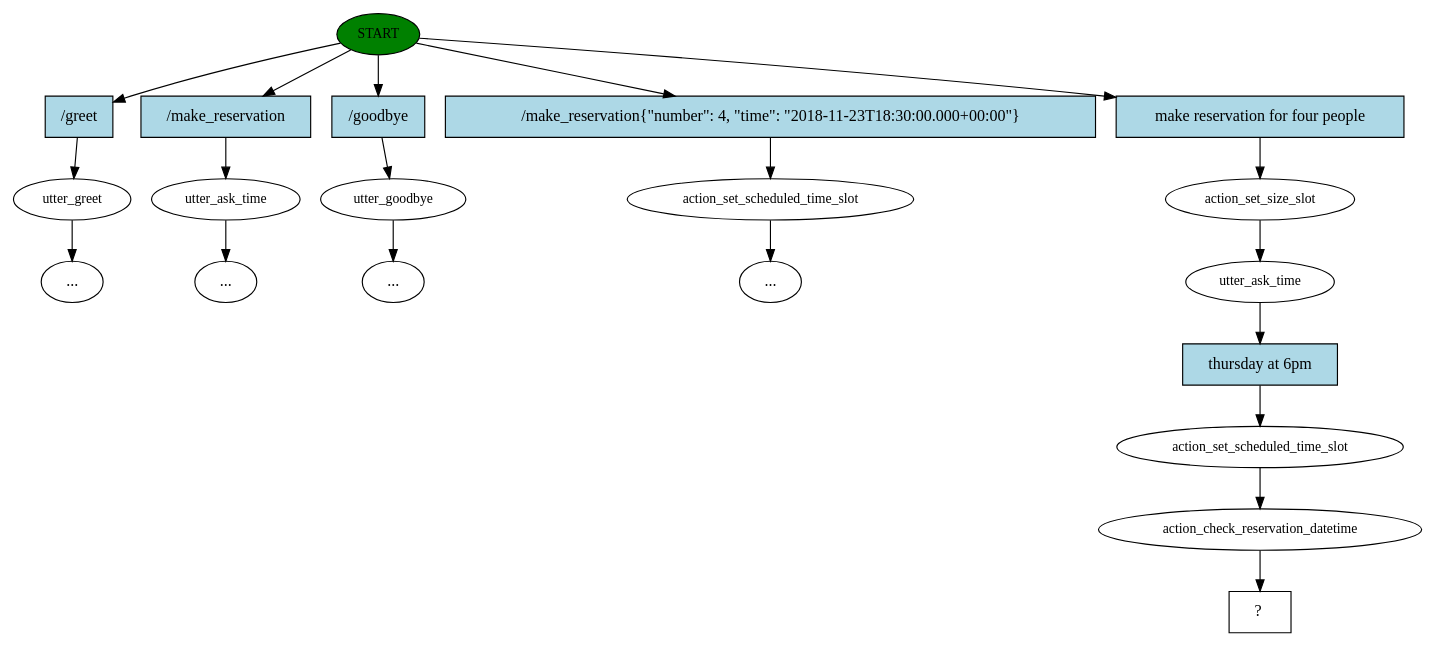
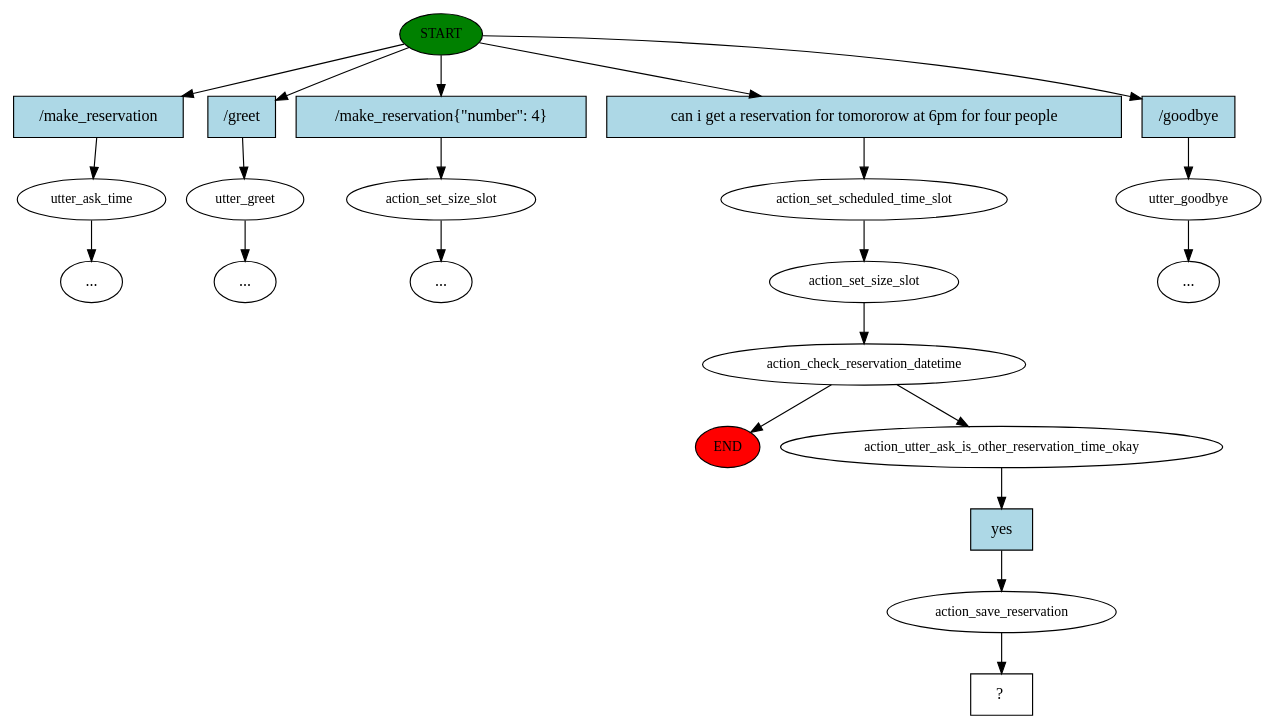
The diagram in Textual/story_graph.dot (DylanRedfield/ocaptain), drawn with Graphviz before and after one commit. The commit also changed 11 other files, not shown here.

```diff
--- a/Textual/story_graph.dot
+++ b/Textual/story_graph.dot
@@ -1,41 +1,45 @@
 digraph  {
 0 [label=START, fillcolor=green, style=filled, fontsize=12, class="start active"];
-1 [label=utter_greet, fontsize=12, class=""];
-2 [label=utter_ask_time, fontsize=12, class=""];
-3 [label=utter_goodbye, fontsize=12, class=""];
+"-1" [label=END, fillcolor=red, style=filled, fontsize=12, class=end];
+1 [label=utter_ask_time, fontsize=12, class=""];
+2 [label=utter_greet, fontsize=12, class=""];
 "-5" [label="...", class=ellipsis];
 "-6" [label="...", class=ellipsis];
-5 [label=action_set_scheduled_time_slot, fontsize=12, class=""];
+5 [label=action_set_size_slot, fontsize=12, class=""];
 "-7" [label="...", class=ellipsis];
+6 [label=action_set_scheduled_time_slot, fontsize=12, class=active];
+7 [label=action_set_size_slot, fontsize=12, class=active];
+8 [label=action_check_reservation_datetime, fontsize=12, class=active];
+9 [label=utter_goodbye, fontsize=12, class=""];
 "-8" [label="...", class=ellipsis];
-7 [label=action_set_size_slot, fontsize=12, class=active];
-8 [label=utter_ask_time, fontsize=12, class=active];
-9 [label=action_set_scheduled_time_slot, fontsize=12, class=active];
-10 [label=action_check_reservation_datetime, fontsize=12, class=active];
-11 [label="  ?  ", shape=rect, class="intent dashed active"];
-12 [label="/greet", shape=rect, style=filled, fillcolor=lightblue, class=intent];
-13 [label="/make_reservation", shape=rect, style=filled, fillcolor=lightblue, class=intent];
-14 [label="/goodbye", shape=rect, style=filled, fillcolor=lightblue, class=intent];
-15 [label="/make_reservation{\"number\": 4, \"time\": \"2018-11-23T18:30:00.000+00:00\"}", shape=rect, style=filled, fillcolor=lightblue, class=intent];
-16 [label="make reservation for four people", shape=rect, style=filled, fillcolor=lightblue, class="intent active"];
-17 [label="thursday at 6pm", shape=rect, style=filled, fillcolor=lightblue, class="intent active"];
-0 -> 12  [key=0, class=""];
-0 -> 13  [key=0, class=""];
-0 -> 14  [key=0, class=""];
-0 -> 15  [key=0, class=""];
-0 -> 16  [key=0, class=active];
+13 [label=action_utter_ask_is_other_reservation_time_okay, fontsize=12, class=active];
+14 [label=action_save_reservation, fontsize=12, class=active];
+15 [label="  ?  ", shape=rect, class="intent dashed active"];
+16 [label="/make_reservation", shape=rect, style=filled, fillcolor=lightblue, class=intent];
+17 [label="/greet", shape=rect, style=filled, fillcolor=lightblue, class=intent];
+18 [label="/make_reservation{\"number\": 4}", shape=rect, style=filled, fillcolor=lightblue, class=intent];
+19 [label="can i get a reservation for tomororow at 6pm for four people", shape=rect, style=filled, fillcolor=lightblue, class="intent active"];
+20 [label="/goodbye", shape=rect, style=filled, fillcolor=lightblue, class=intent];
+21 [label=yes, shape=rect, style=filled, fillcolor=lightblue, class="intent active"];
+0 -> 16  [key=0, class=""];
+0 -> 17  [key=0, class=""];
+0 -> 18  [key=0, class=""];
+0 -> 19  [key=0, class=active];
+0 -> 20  [key=0, class=""];
 1 -> "-6"  [key=NONE, label="", class=""];
-2 -> "-8"  [key=NONE, label="", class=""];
-3 -> "-5"  [key=NONE, label="", class=""];
+2 -> "-5"  [key=NONE, label="", class=""];
 5 -> "-7"  [key=NONE, label="", class=""];
+6 -> 7  [key=NONE, label="", class=active];
 7 -> 8  [key=NONE, label="", class=active];
-8 -> 17  [key=0, class=active];
-9 -> 10  [key=NONE, label="", class=active];
-10 -> 11  [key=NONE, label="", class=active];
-12 -> 1  [key=0, class=""];
-13 -> 2  [key=0, class=""];
-14 -> 3  [key=0, class=""];
-15 -> 5  [key=0, class=""];
-16 -> 7  [key=0, class=active];
-17 -> 9  [key=0, class=active];
+8 -> "-1"  [key=NONE, label="", class=""];
+8 -> 13  [key=NONE, label="", class=active];
+9 -> "-8"  [key=NONE, label="", class=""];
+13 -> 21  [key=0, class=active];
+14 -> 15  [key=NONE, label="", class=active];
+16 -> 1  [key=0, class=""];
+17 -> 2  [key=0, class=""];
+18 -> 5  [key=0, class=""];
+19 -> 6  [key=0, class=active];
+20 -> 9  [key=0, class=""];
+21 -> 14  [key=0, class=active];
 }
```
